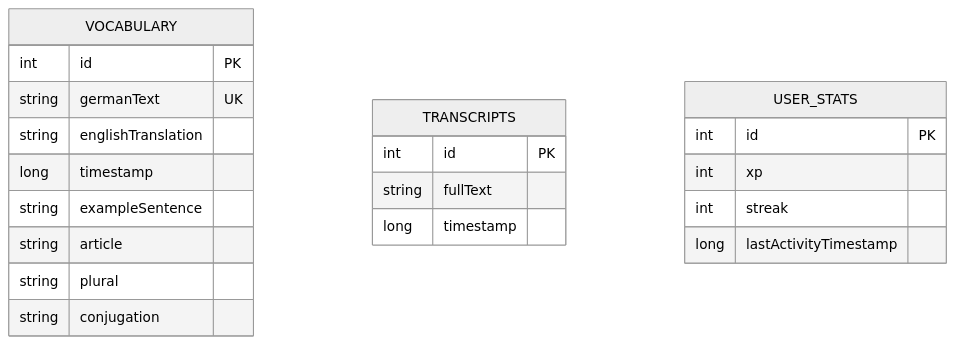
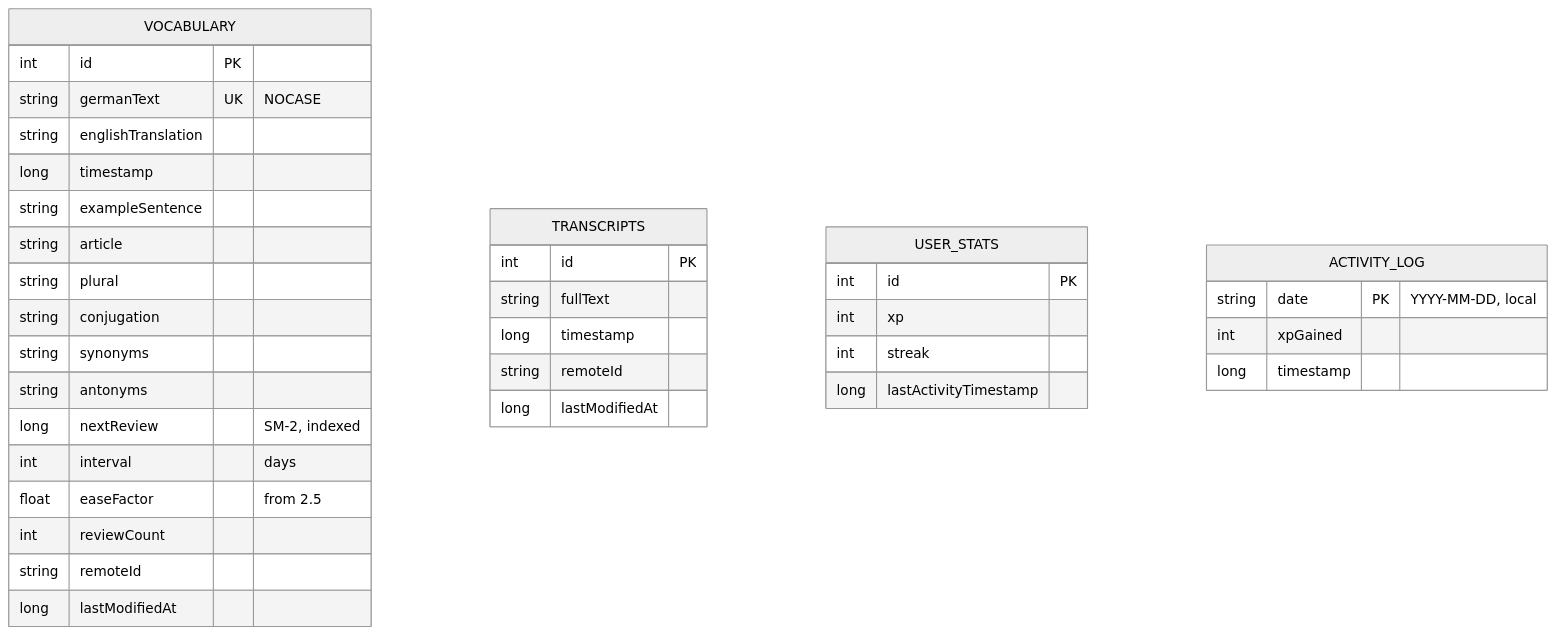
Before and after one commit to shareef01/deutschflow: the fourth of 4 diagrams in README.md, drawn with Mermaid (neutral theme). The commit also changed other lines of this file, not shown here.

````diff
--- a/README.md
+++ b/README.md
@@ -188,24 +225,39 @@
 ```mermaid
 erDiagram
     VOCABULARY {
         int id PK
-        string germanText UK
+        string germanText UK "NOCASE"
         string englishTranslation
         long timestamp
         string exampleSentence
         string article
         string plural
         string conjugation
+        string synonyms
+        string antonyms
+        long nextReview "SM-2, indexed"
+        int interval "days"
+        float easeFactor "from 2.5"
+        int reviewCount
+        string remoteId
+        long lastModifiedAt
     }
     TRANSCRIPTS {
         int id PK
         string fullText
         long timestamp
+        string remoteId
+        long lastModifiedAt
     }
     USER_STATS {
         int id PK
         int xp
         int streak
         long lastActivityTimestamp
     }
+    ACTIVITY_LOG {
+        string date PK "YYYY-MM-DD, local"
+        int xpGained
+        long timestamp
+    }
 ```
````
